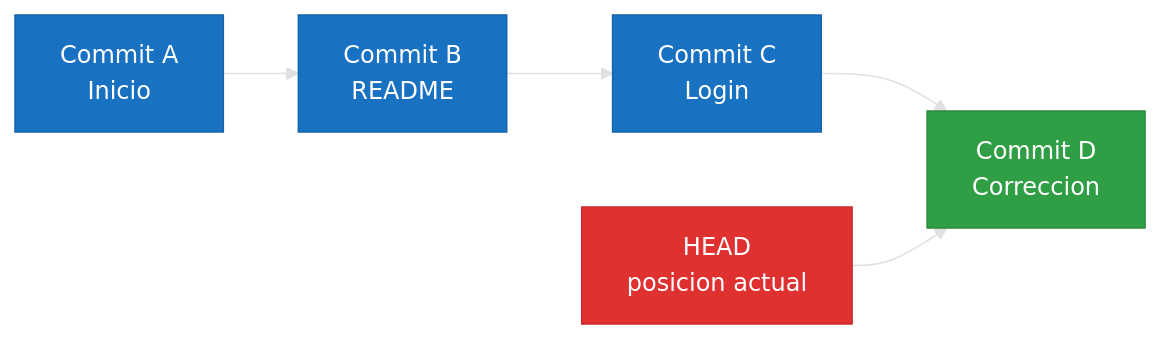
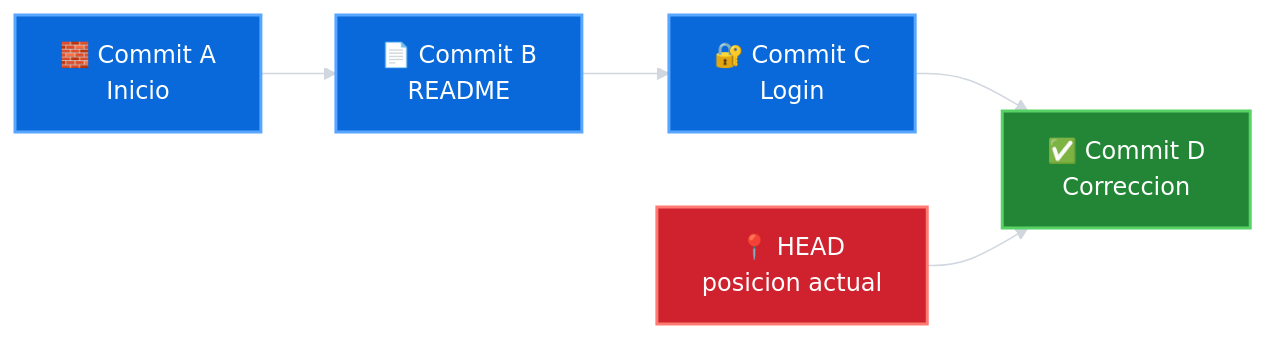
The seventh of 9 diagrams in README.md (7on2/curso-git-github-desde-cero), drawn with Mermaid before and after one commit. The commit also changed other lines of this file, not shown here.

Commit message:
Mejora colores e iconos de diagramas Mermaid

````diff
--- a/README.md
+++ b/README.md
@@ -734,14 +734,14 @@
 ```mermaid
-%%{init: {'theme': 'base', 'themeVariables': {'primaryTextColor': '#fff', 'lineColor': '#e0e0e0'}}}%%
+%%{init: {'theme': 'base', 'themeVariables': {'primaryTextColor': '#ffffff', 'secondaryTextColor': '#ffffff', 'tertiaryTextColor': '#ffffff', 'lineColor': '#d0d7de', 'edgeLabelBackground': '#0d1117', 'fontFamily': 'Arial'}}}%%
 flowchart LR
-    A[Commit A\nInicio] --> B[Commit B\nREADME]
-    B --> C[Commit C\nLogin]
-    C --> D[Commit D\nCorreccion]
-    HEAD[HEAD\nposicion actual] --> D
+    A[🧱 Commit A\nInicio] --> B[📄 Commit B\nREADME]
+    B --> C[🔐 Commit C\nLogin]
+    C --> D[✅ Commit D\nCorreccion]
+    HEAD[📍 HEAD\nposicion actual] --> D
 
-    style A fill:#1971c2,stroke:#1864ab,color:#fff
-    style B fill:#1971c2,stroke:#1864ab,color:#fff
-    style C fill:#1971c2,stroke:#1864ab,color:#fff
-    style D fill:#2f9e44,stroke:#2b8a3e,color:#fff
-    style HEAD fill:#e03131,stroke:#c92a2a,color:#fff
+    style A fill:#0969da,stroke:#58a6ff,stroke-width:2px,color:#ffffff
+    style B fill:#0969da,stroke:#58a6ff,stroke-width:2px,color:#ffffff
+    style C fill:#0969da,stroke:#58a6ff,stroke-width:2px,color:#ffffff
+    style D fill:#238636,stroke:#56d364,stroke-width:2px,color:#ffffff
+    style HEAD fill:#cf222e,stroke:#ff7b72,stroke-width:2px,color:#ffffff
 ```
````
